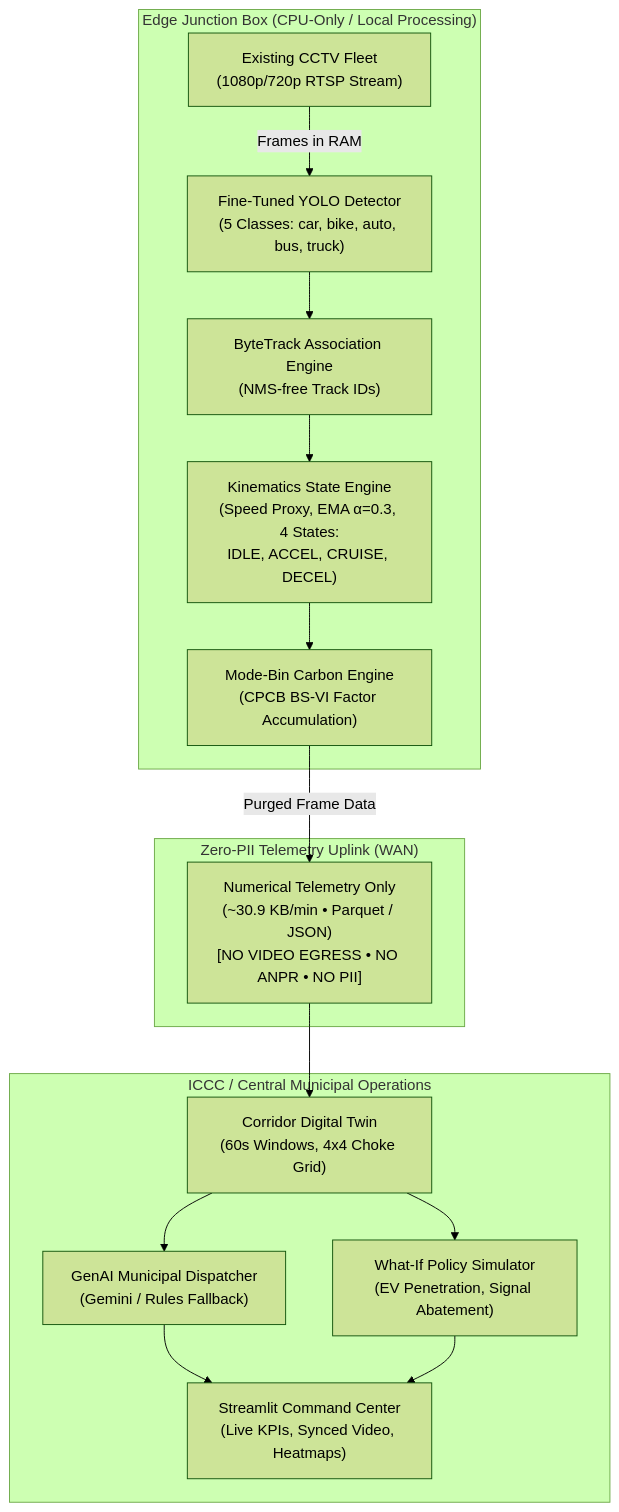
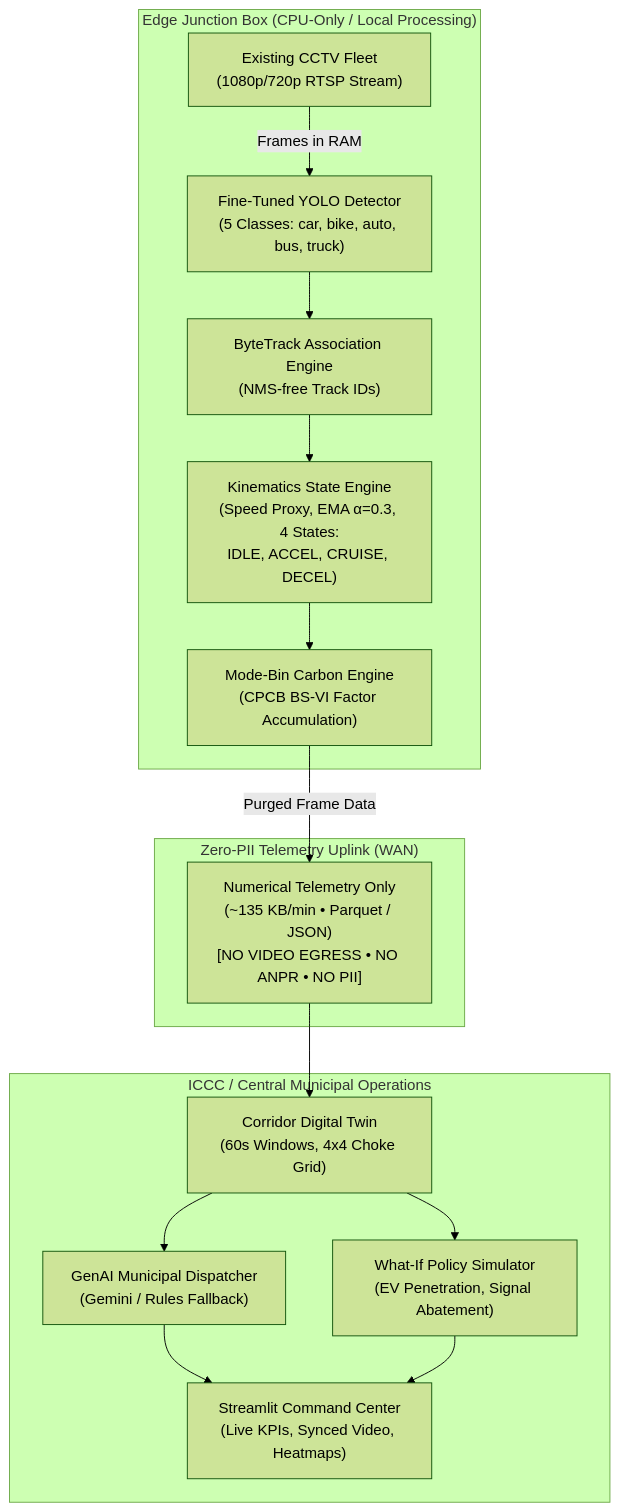
One commit to karthiknk7019/ECO-Kinetic-carbon-emission-tracker changed the diagram in README.md. Above: the diagram before and after it, drawn with Mermaid (forest theme). The commit also changed other lines of this file and 7 other files, not shown here.

````diff
--- a/README.md
+++ b/README.md
@@ -16,34 +16,34 @@
 ```mermaid
 flowchart TD
     subgraph EdgeJunctionBox ["Edge Junction Box (CPU-Only / Local Processing)"]
         CCTV["Existing CCTV Fleet\n(1080p/720p RTSP Stream)"]
         YOLO["Fine-Tuned YOLO Detector\n(5 Classes: car, bike, auto, bus, truck)"]
         ByteTrack["ByteTrack Association Engine\n(NMS-free Track IDs)"]
         Kinematics["Kinematics State Engine\n(Speed Proxy, EMA α=0.3, 4 States:\nIDLE, ACCEL, CRUISE, DECEL)"]
         CarbonEngine["Mode-Bin Carbon Engine\n(CPCB BS-VI Factor Accumulation)"]
         
         CCTV -->|Frames in RAM| YOLO
         YOLO --> ByteTrack
         ByteTrack --> Kinematics
         Kinematics --> CarbonEngine
     end
 
     subgraph TelemetryUplink ["Zero-PII Telemetry Uplink (WAN)"]
-        Uplink["Numerical Telemetry Only\n(~30.9 KB/min • Parquet / JSON)\n[NO VIDEO EGRESS • NO ANPR • NO PII]"]
+        Uplink["Numerical Telemetry Only\n(~135 KB/min • Parquet / JSON)\n[NO VIDEO EGRESS • NO ANPR • NO PII]"]
     end
 
     subgraph MunicipalOperations ["ICCC / Central Municipal Operations"]
         CorridorAgg["Corridor Digital Twin\n(60s Windows, 4x4 Choke Grid)"]
         WhatIfEngine["What-If Policy Simulator\n(EV Penetration, Signal Abatement)"]
         LLMDispatcher["GenAI Municipal Dispatcher\n(Gemini / Rules Fallback)"]
         Dashboard["Streamlit Command Center\n(Live KPIs, Synced Video, Heatmaps)"]
         
         CorridorAgg --> LLMDispatcher
         CorridorAgg --> WhatIfEngine
         LLMDispatcher --> Dashboard
         WhatIfEngine --> Dashboard
     end
 
     CarbonEngine -->|Purged Frame Data| Uplink
     Uplink --> CorridorAgg
 ```
````
